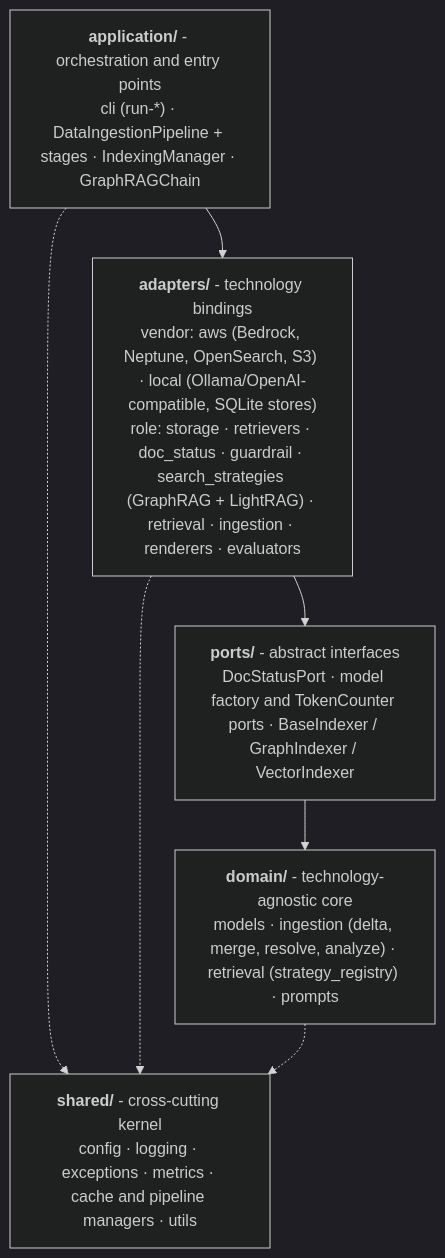
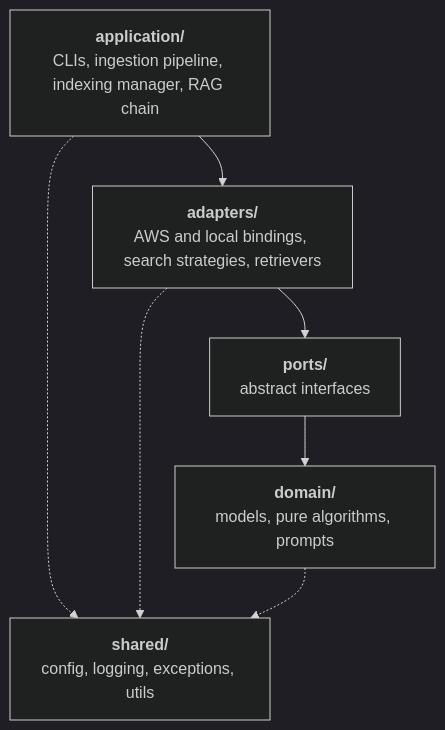
The diagram in docs/design.ko.md (awslabs/unified-kg-rag-on-aws), drawn with Mermaid (dark theme) before and after one commit. The commit also changed other lines of this file and 10 other files, not shown here.

First line of the commit message:
docs(diagrams): split the pipeline diagrams into focused figures (#329)

````diff
--- a/docs/design.ko.md
+++ b/docs/design.ko.md
@@ -47,12 +49,12 @@
 ```mermaid
 flowchart TB
-    application["<b>application/</b> - orchestration and entry points<br/>cli (run-*) · DataIngestionPipeline + stages · IndexingManager · GraphRAGChain"]
-    adapters["<b>adapters/</b> - technology bindings<br/>vendor: aws (Bedrock, Neptune, OpenSearch, S3) · local (Ollama/OpenAI-compatible, SQLite stores)<br/>role: storage · retrievers · doc_status · guardrail · search_strategies (GraphRAG + LightRAG) · retrieval · ingestion · renderers · evaluators"]
-    ports["<b>ports/</b> - abstract interfaces<br/>DocStatusPort · model factory and TokenCounter ports · BaseIndexer / GraphIndexer / VectorIndexer"]
-    domain["<b>domain/</b> - technology-agnostic core<br/>models · ingestion (delta, merge, resolve, analyze) · retrieval (strategy_registry) · prompts"]
-    shared["<b>shared/</b> - cross-cutting kernel<br/>config · logging · exceptions · metrics · cache and pipeline managers · utils"]
+    application["<b>application/</b><br/>CLIs, ingestion pipeline, indexing manager, RAG chain"]
+    adapters["<b>adapters/</b><br/>AWS and local bindings, search strategies, retrievers"]
+    ports["<b>ports/</b><br/>abstract interfaces"]
+    domain["<b>domain/</b><br/>models, pure algorithms, prompts"]
+    shared["<b>shared/</b><br/>config, logging, exceptions, utils"]
     application --> adapters --> ports --> domain
     application -.-> shared
     adapters -.-> shared
     domain -.-> shared
 ```
````
